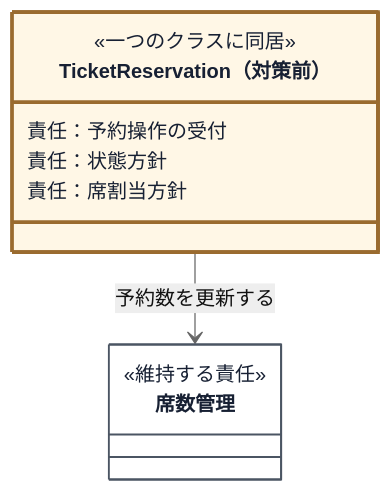
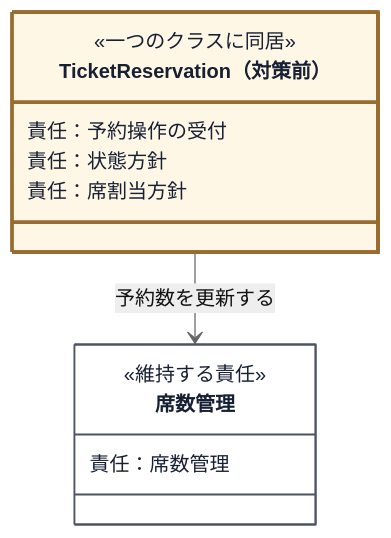
The tenth of 21 diagrams in kindle/design-patterns/books/volume01-core-patterns/output/04-chapter02.md (kumachan1101-pixel/DesignPattern), drawn with Mermaid (neutral theme) before and after one commit. The commit also changed other lines of this file and 19 other files, not shown here.

````diff
--- a/kindle/design-patterns/books/volume01-core-patterns/output/04-chapter02.md
+++ b/kindle/design-patterns/books/volume01-core-patterns/output/04-chapter02.md
@@ -1412,18 +1369,19 @@
 ```mermaid
 classDiagram
     %% provisional-role-diagram
     direction TB
     class TrialReservation["TicketReservation（対策前）"]:::current {
         <<一つのクラスに同居>>
         責任：予約操作の受付
         責任：状態方針
         責任：席割当方針
     }
     class SeatCount["席数管理"]:::stable {
         <<維持する責任>>
+        責任：席数管理
     }
     TrialReservation --> SeatCount : 予約数を更新する
 
     classDef stable fill:#ffffff,stroke:#4b5563,stroke-width:1.5px,color:#172033;
     classDef current fill:#fff7e6,stroke:#9a6b2f,stroke-width:3px,color:#172033;
 ```
````
